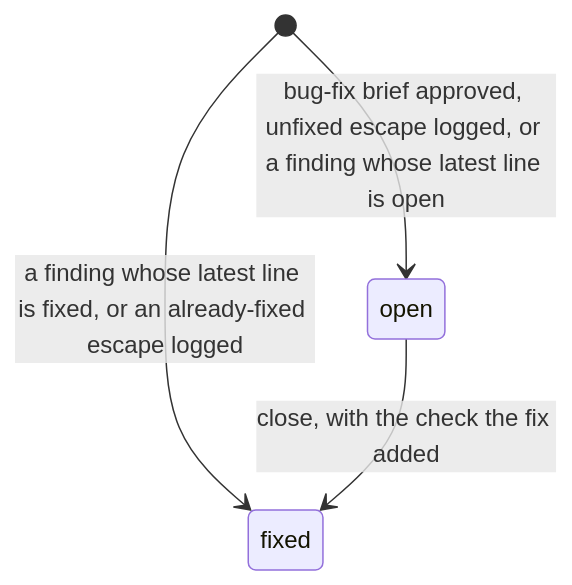
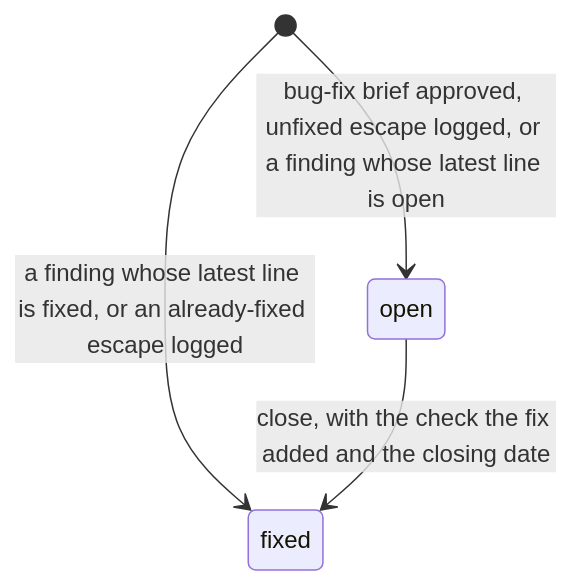
Before and after one commit to pablooliva/claude-plugins: the diagram in flow-state/SDD/requirements/SPEC-002-defect-ledger.md, drawn with Mermaid. The commit also changed other lines of this file, not shown here.

First line of the commit message:
sdd-flow(002): SPEC-002 — changes asked for at the stop after the spec

````diff
--- a/flow-state/SDD/requirements/SPEC-002-defect-ledger.md
+++ b/flow-state/SDD/requirements/SPEC-002-defect-ledger.md
@@ -289,6 +296,6 @@
 ```mermaid
 stateDiagram-v2
     [*] --> open: bug-fix brief approved, unfixed escape logged, or a finding whose latest line is open
     [*] --> fixed: a finding whose latest line is fixed, or an already-fixed escape logged
-    open --> fixed: close, with the check the fix added
+    open --> fixed: close, with the check the fix added and the closing date
 ```
````
